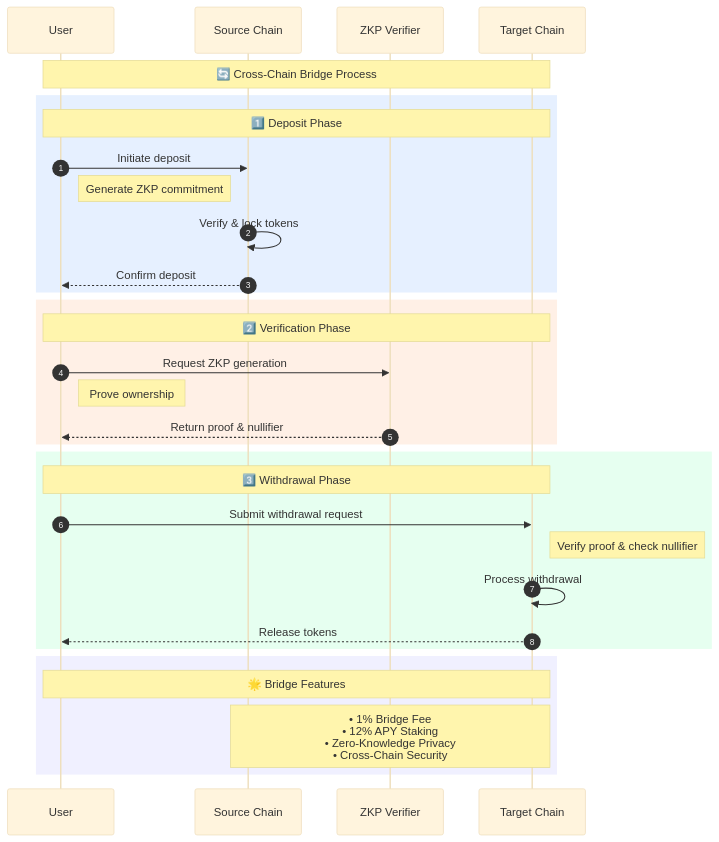
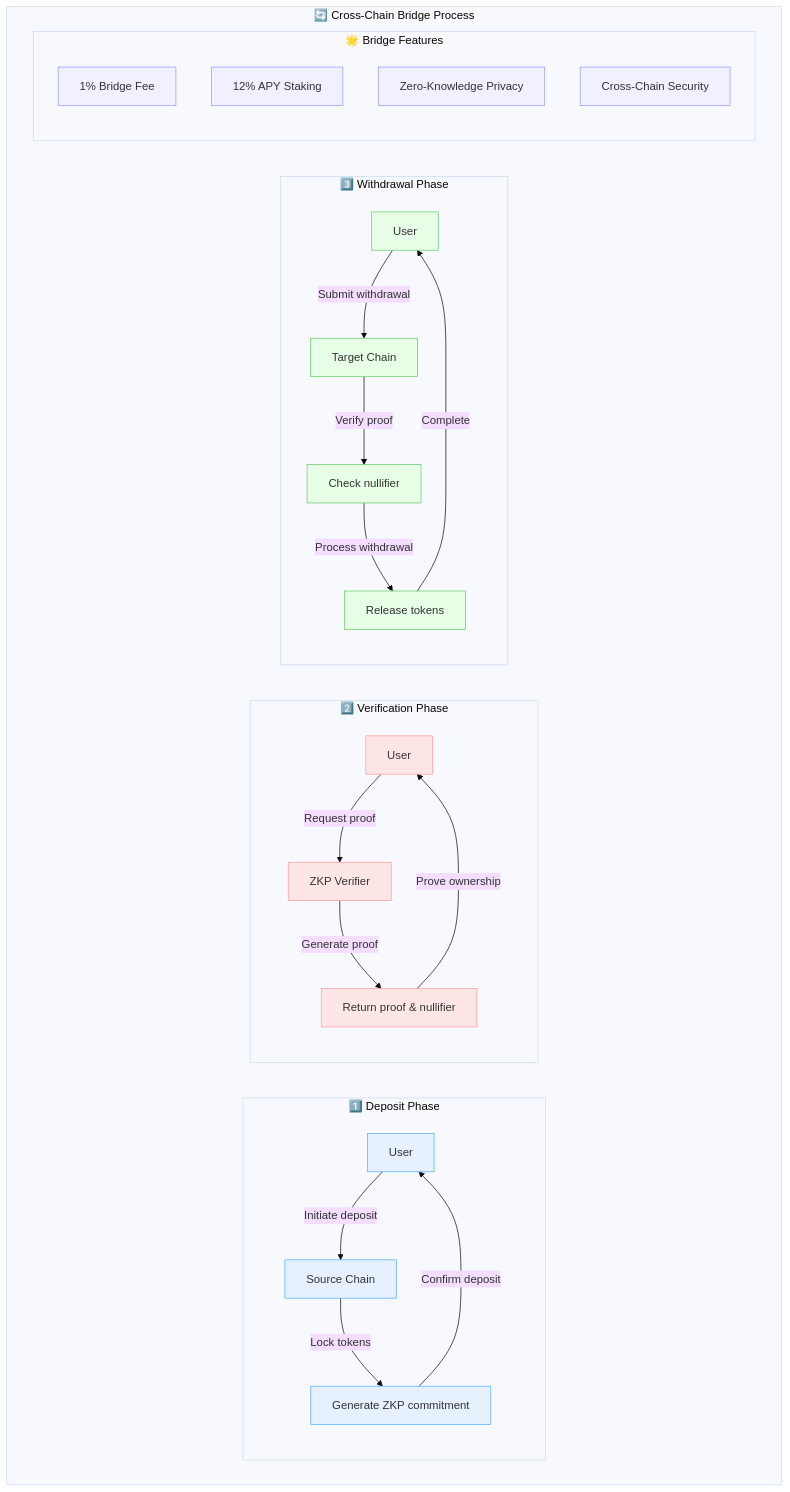
The diagram in README.md (Ivan-Dosev/ZKBridge), drawn with Mermaid (base theme) before and after one commit.

Commit message:
docs: replace sequence diagram with flow diagram in README.md

````diff
--- a/README.md
+++ b/README.md
@@ -11,42 +11,45 @@
 ```mermaid
-sequenceDiagram
-    autonumber
-    participant U as User
-    participant S as Source Chain
-    participant V as ZKP Verifier
-    participant T as Target Chain
+graph TB
+    subgraph "🔄 Cross-Chain Bridge Process"
+        subgraph "1️⃣ Deposit Phase" 
+            A[User] -->|Initiate deposit| B[Source Chain]
+            B -->|Lock tokens| C[Generate ZKP commitment]
+            C -->|Confirm deposit| A
+        end
 
-    Note over U,T: 🔄 Cross-Chain Bridge Process
+        subgraph "2️⃣ Verification Phase"
+            D[User] -->|Request proof| E[ZKP Verifier]
+            E -->|Generate proof| F[Return proof & nullifier]
+            F -->|Prove ownership| D
+        end
 
-    %% Deposit Phase
-    rect rgb(230, 240, 255)
-        Note over U,T: 1️⃣ Deposit Phase
-        U->>S: Initiate deposit
-        Note right of U: Generate ZKP commitment
-        S->>S: Verify & lock tokens
-        S-->>U: Confirm deposit
+        subgraph "3️⃣ Withdrawal Phase"
+            G[User] -->|Submit withdrawal| H[Target Chain]
+            H -->|Verify proof| I[Check nullifier]
+            I -->|Process withdrawal| J[Release tokens]
+            J -->|Complete| G
+        end
+
+        subgraph "🌟 Bridge Features"
+            K[1% Bridge Fee]
+            L[12% APY Staking]
+            M[Zero-Knowledge Privacy]
+            N[Cross-Chain Security]
+        end
     end
 
-    %% Verification Phase
-    rect rgb(255, 240, 230)
-        Note over U,T: 2️⃣ Verification Phase
-        U->>V: Request ZKP generation
-        Note right of U: Prove ownership
-        V-->>U: Return proof & nullifier
-    end
-
-    %% Withdrawal Phase
-    rect rgb(230, 255, 240)
-        Note over U,T: 3️⃣ Withdrawal Phase
-        U->>T: Submit withdrawal request
-        Note right of T: Verify proof & check nullifier
-        T->>T: Process withdrawal
-        T-->>U: Release tokens
-    end
-
-    %% Bridge Features
-    rect rgb(240, 240, 255)
-        Note over U,T: 🌟 Bridge Features
-        Note over S,T: • 1% Bridge Fee<br/>• 12% APY Staking<br/>• Zero-Knowledge Privacy<br/>• Cross-Chain Security
-    end
+    style A fill:#e6f0ff,stroke:#4facfe
+    style B fill:#e6f0ff,stroke:#4facfe
+    style C fill:#e6f0ff,stroke:#4facfe
+    style D fill:#ffe6e6,stroke:#ff9999
+    style E fill:#ffe6e6,stroke:#ff9999
+    style F fill:#ffe6e6,stroke:#ff9999
+    style G fill:#e6ffe6,stroke:#66cc66
+    style H fill:#e6ffe6,stroke:#66cc66
+    style I fill:#e6ffe6,stroke:#66cc66
+    style J fill:#e6ffe6,stroke:#66cc66
+    style K fill:#f0f0ff,stroke:#9999ff
+    style L fill:#f0f0ff,stroke:#9999ff
+    style M fill:#f0f0ff,stroke:#9999ff
+    style N fill:#f0f0ff,stroke:#9999ff
 ```
````
